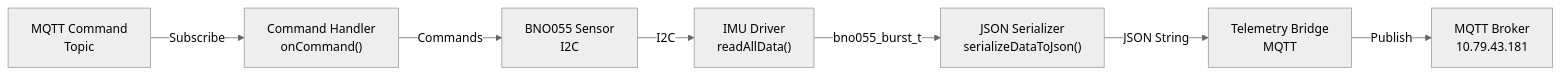
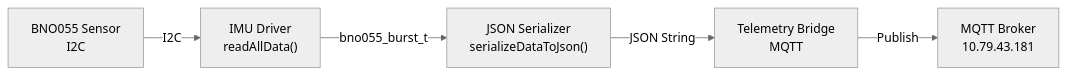
Before and after one commit to bgiorgio0506/imu-measurements-sys: the third of 4 diagrams in README.md, drawn with Mermaid (neutral theme). The commit also changed other lines of this file, not shown here.

````diff
--- a/README.md
+++ b/README.md
@@ -150,23 +207,17 @@
 ```mermaid
 graph LR
     Sensor["BNO055 Sensor<br/>I2C"]
     
     Driver["IMU Driver<br/>readAllData()"]
     
     Serialize["JSON Serializer<br/>serializeDataToJson()"]
     
     Bridge["Telemetry Bridge<br/>MQTT"]
     
     MQTT["MQTT Broker<br/>10.79.43.181"]
     
-    CMD["MQTT Command<br/>Topic"]
-    
-    Handler["Command Handler<br/>onCommand()"]
-    
     Sensor -->|I2C| Driver
     Driver -->|bno055_burst_t| Serialize
     Serialize -->|JSON String| Bridge
     Bridge -->|Publish| MQTT
-    CMD -->|Subscribe| Handler
-    Handler -->|Commands| Sensor
 ```
````
